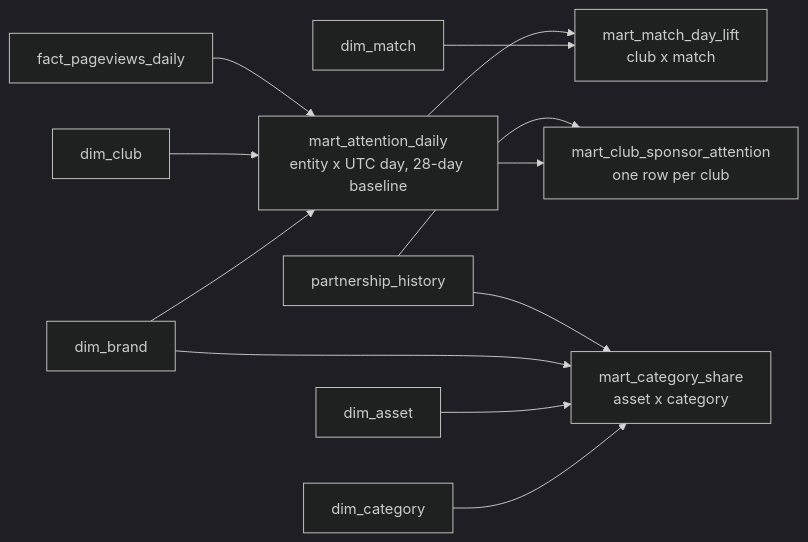
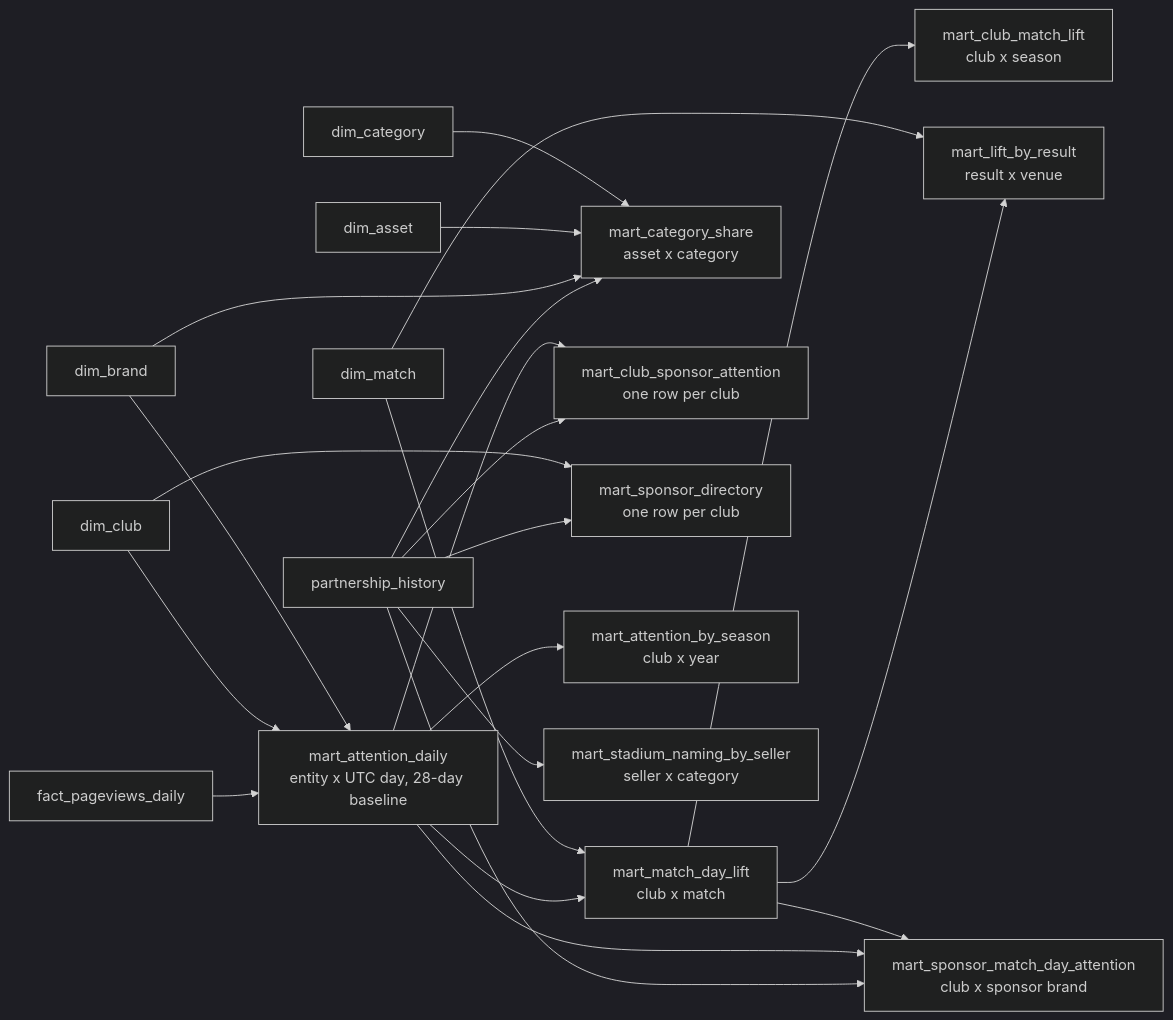
Before and after one commit to chrisantosiewicz/MLS-partnership-tracker: the second of 2 diagrams in docs/DATA_MODEL.md, drawn with Mermaid (dark theme). The commit also changed other lines of this file and 21 other files, not shown here.

First line of the commit message:
Redesign the site and add venue-ownership and sponsor match-day analyses

````diff
--- a/docs/DATA_MODEL.md
+++ b/docs/DATA_MODEL.md
@@ -131,27 +131,43 @@
 ```mermaid
 flowchart LR
     ph[partnership_history]
     fp[fact_pageviews_daily]
     dc[dim_club]
     db[dim_brand]
     dm[dim_match]
     da[dim_asset]
     dcat[dim_category]
 
     mad["mart_attention_daily<br/>entity x UTC day, 28-day baseline"]
     mml["mart_match_day_lift<br/>club x match"]
     mcs["mart_category_share<br/>asset x category"]
     mcsa["mart_club_sponsor_attention<br/>one row per club"]
+    msd["mart_sponsor_directory<br/>one row per club"]
+    mcl["mart_club_match_lift<br/>club x season"]
+    mlr["mart_lift_by_result<br/>result x venue"]
+    mas["mart_attention_by_season<br/>club x year"]
+    mss["mart_stadium_naming_by_seller<br/>seller x category"]
+    msm["mart_sponsor_match_day_attention<br/>club x sponsor brand"]
 
     fp --> mad
     dc --> mad
     db --> mad
     mad --> mml
     dm --> mml
     ph --> mcs
     db --> mcs
     da --> mcs
     dcat --> mcs
     ph --> mcsa
     mad --> mcsa
+    ph --> msd
+    dc --> msd
+    mml --> mcl
+    mml --> mlr
+    dm --> mlr
+    mad --> mas
+    ph --> mss
+    ph --> msm
+    mad --> msm
+    mml --> msm
 ```
````
